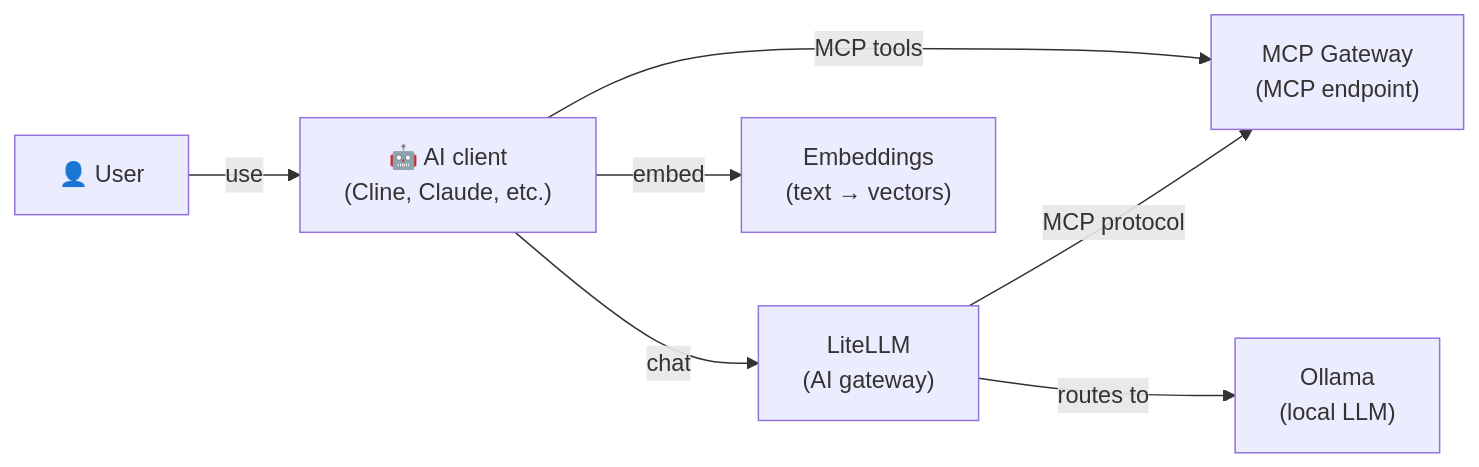
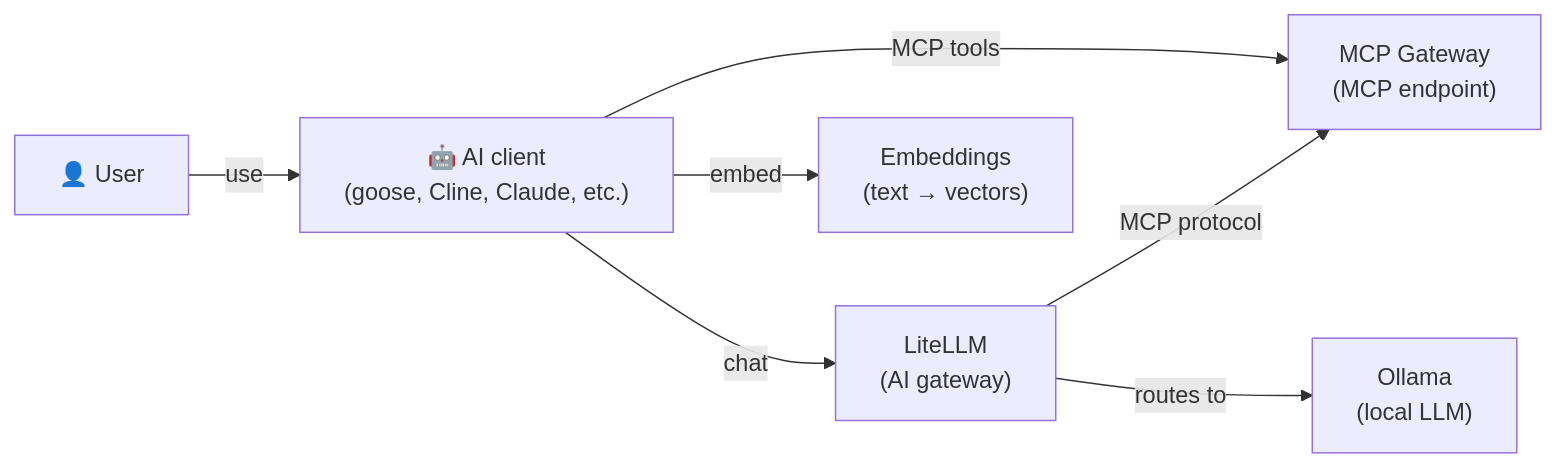
The diagram in stacks/code-assistant/README.md (hwdsl2/self-hosted-ai-stack), drawn with Mermaid before and after one commit. The commit also changed other lines of this file and 12 other files, not shown here.

````diff
--- a/stacks/code-assistant/README.md
+++ b/stacks/code-assistant/README.md
@@ -17,9 +17,9 @@
 ```mermaid
 graph LR
-    U["👤 User"] -->|use| C["🤖 AI client<br/>(Cline, Claude, etc.)"]
+    U["👤 User"] -->|use| C["🤖 AI client<br/>(goose, Cline, Claude, etc.)"]
     C -->|MCP tools| M["MCP Gateway<br/>(MCP endpoint)"]
     C -->|chat| L["LiteLLM<br/>(AI gateway)"]
     L -->|routes to| O["Ollama<br/>(local LLM)"]
     L -->|MCP protocol| M
     C -->|embed| E["Embeddings<br/>(text → vectors)"]
 ```
````
